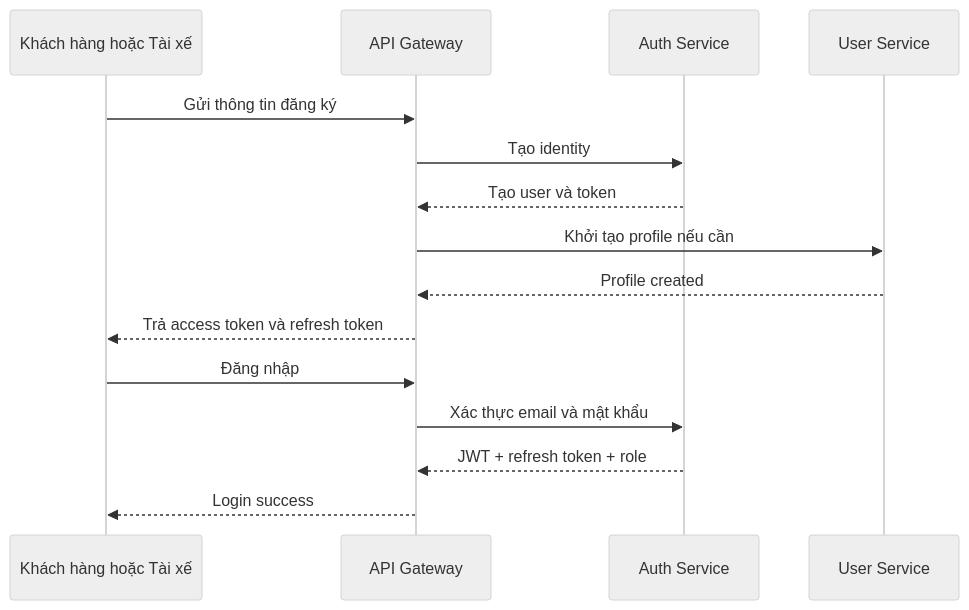
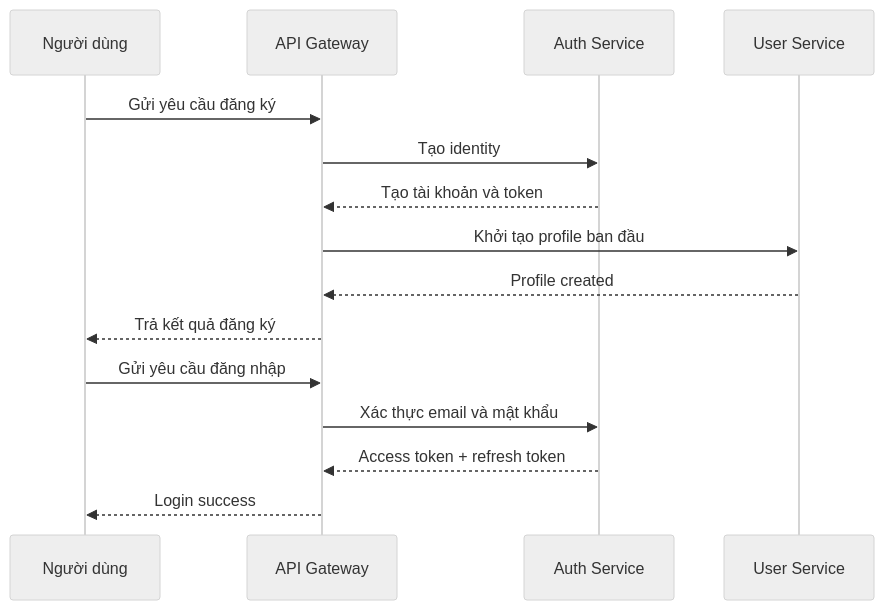
Diagram 15 of 20 in .doc/phantichthietkehethong.md (foxxiee04/Cab-Booking-System-Project), drawn with Mermaid (neutral theme) before and after one commit. The commit also changed other lines of this file, not shown here.

````diff
--- a/.doc/phantichthietkehethong.md
+++ b/.doc/phantichthietkehethong.md
@@ -764,19 +1263,19 @@
 ```mermaid
 sequenceDiagram
-    participant C as Khách hàng hoặc Tài xế
+    participant U as Người dùng
     participant G as API Gateway
     participant A as Auth Service
-    participant U as User Service
+    participant P as User Service
 
-    C->>G: Gửi thông tin đăng ký
+    U->>G: Gửi yêu cầu đăng ký
     G->>A: Tạo identity
-    A-->>G: Tạo user và token
-    G->>U: Khởi tạo profile nếu cần
-    U-->>G: Profile created
-    G-->>C: Trả access token và refresh token
+    A-->>G: Tạo tài khoản và token
+    G->>P: Khởi tạo profile ban đầu
+    P-->>G: Profile created
+    G-->>U: Trả kết quả đăng ký
 
-    C->>G: Đăng nhập
+    U->>G: Gửi yêu cầu đăng nhập
     G->>A: Xác thực email và mật khẩu
-    A-->>G: JWT + refresh token + role
-    G-->>C: Login success
+    A-->>G: Access token + refresh token
+    G-->>U: Login success
 ```
````
